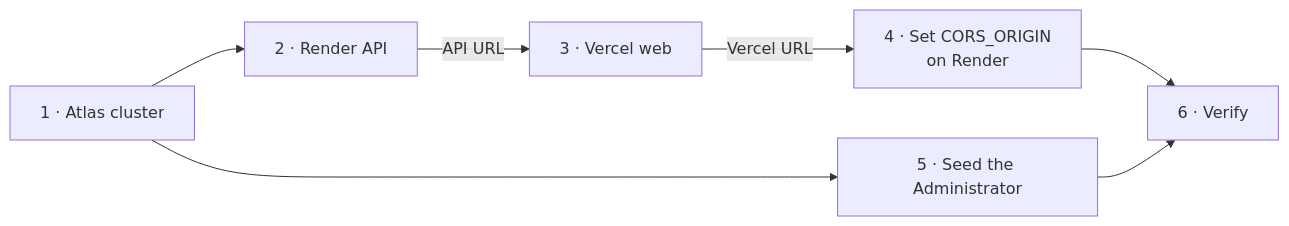
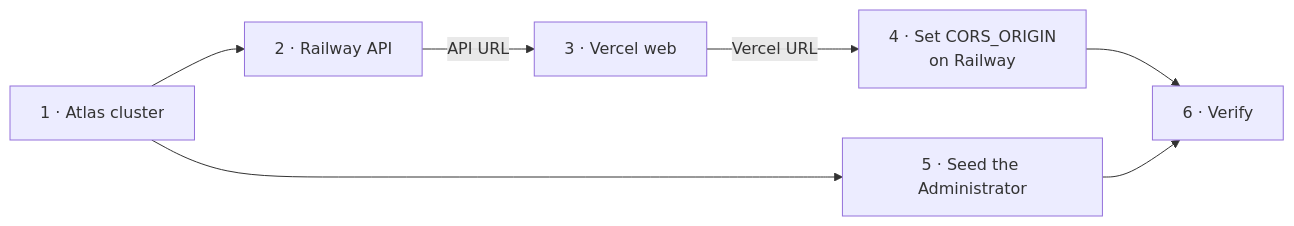
One commit to yassinehayine/AgencyFlow changed the diagram in docs/DEPLOYMENT.md. Above: the diagram before and after it, drawn with Mermaid. The commit also changed other lines of this file and 11 other files, not shown here.

First line of the commit message:
feat(ci): move the backend from render to railway

````diff
--- a/docs/DEPLOYMENT.md
+++ b/docs/DEPLOYMENT.md
@@ -28,9 +28,9 @@
 ```mermaid
 flowchart LR
-    A[1 · Atlas cluster] --> B[2 · Render API]
+    A[1 · Atlas cluster] --> B[2 · Railway API]
     B -->|API URL| C[3 · Vercel web]
-    C -->|Vercel URL| D[4 · Set CORS_ORIGIN<br/>on Render]
+    C -->|Vercel URL| D[4 · Set CORS_ORIGIN<br/>on Railway]
     A --> S[5 · Seed the Administrator]
     D --> E[6 · Verify]
     S --> E
 ```
````
